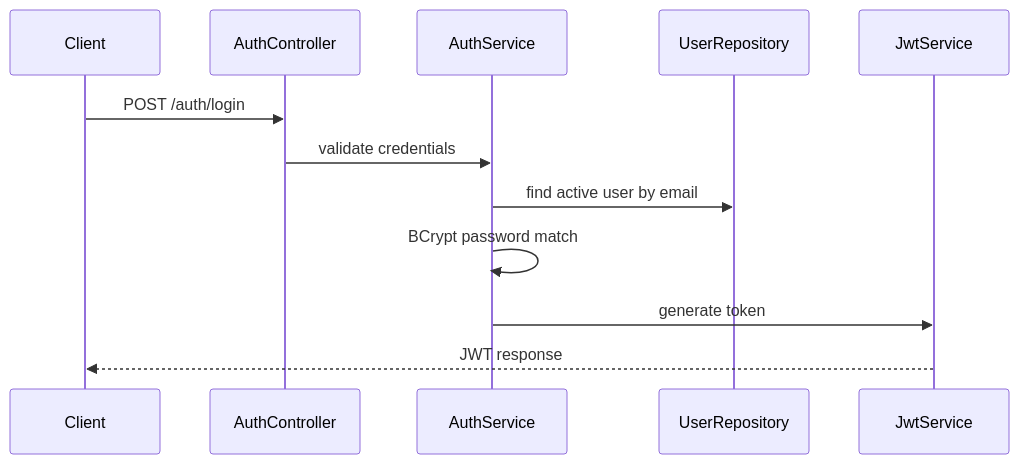
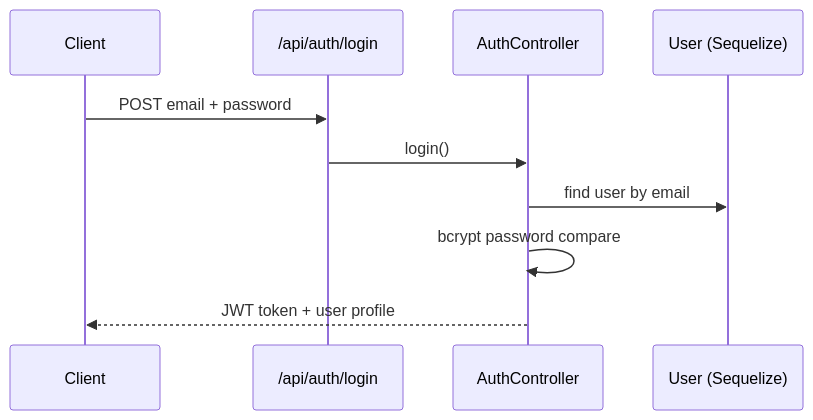
The fourth of 4 diagrams in docs/architecture.md (ansht120/college-full-stack-web-development-project), drawn with Mermaid before and after one commit. The commit also changed other lines of this file and 5 other files, not shown here.

````diff
--- a/docs/architecture.md
+++ b/docs/architecture.md
@@ -60,14 +72,12 @@
 ```mermaid
 sequenceDiagram
     participant Client
+    participant AuthRoute as /api/auth/login
     participant AuthController
-    participant AuthService
-    participant UserRepository
-    participant JwtService
-    Client->>AuthController: POST /auth/login
-    AuthController->>AuthService: validate credentials
-    AuthService->>UserRepository: find active user by email
-    AuthService->>AuthService: BCrypt password match
-    AuthService->>JwtService: generate token
-    JwtService-->>Client: JWT response
+    participant UserModel as User (Sequelize)
+    Client->>AuthRoute: POST email + password
+    AuthRoute->>AuthController: login()
+    AuthController->>UserModel: find user by email
+    AuthController->>AuthController: bcrypt password compare
+    AuthController-->>Client: JWT token + user profile
 ```
````
